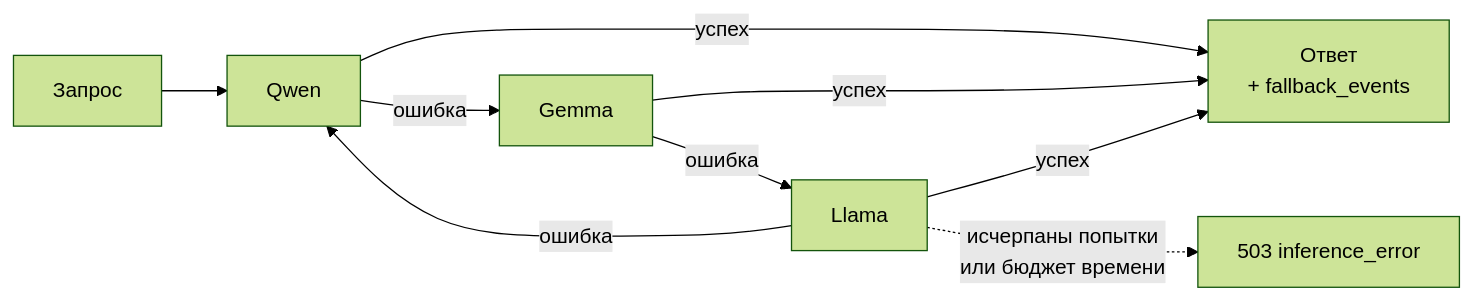
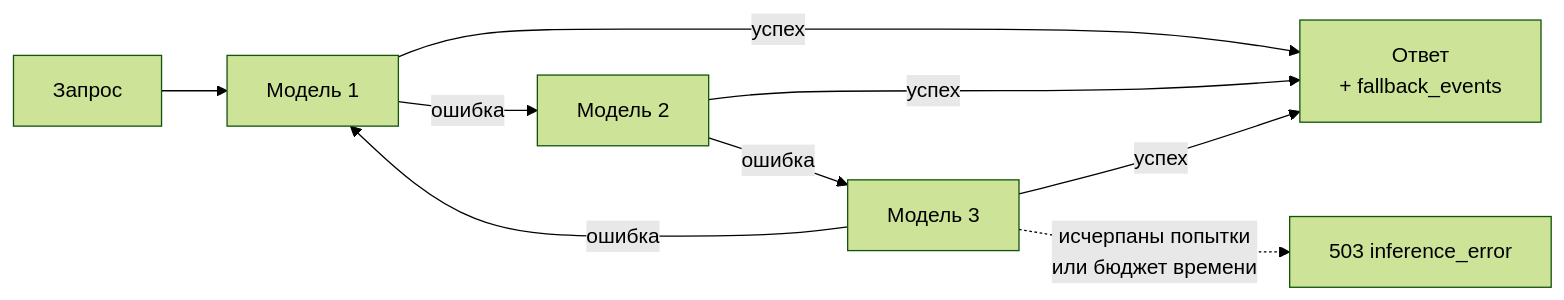
The diagram in README.md (SlavaKlkv/local_knowledge_rag), drawn with Mermaid (forest theme) before and after one commit. The commit also changed other lines of this file and 16 other files, not shown here.

````diff
--- a/README.md
+++ b/README.md
@@ -93,9 +124,9 @@
 ```mermaid
 flowchart LR
-    REQ["Запрос"] --> QWEN
-    QWEN["Qwen"] -->|ошибка| GEMMA["Gemma"]
-    GEMMA -->|ошибка| LLAMA["Llama"]
-    LLAMA -->|ошибка| QWEN
-    QWEN & GEMMA & LLAMA -->|успех| OK["Ответ<br/>+ fallback_events"]
-    LLAMA -.->|"исчерпаны попытки<br/>или бюджет времени"| FAIL["503 inference_error"]
+    REQ["Запрос"] --> M1
+    M1["Модель 1"] -->|ошибка| M2["Модель 2"]
+    M2 -->|ошибка| M3["Модель 3"]
+    M3 -->|ошибка| M1
+    M1 & M2 & M3 -->|успех| OK["Ответ<br/>+ fallback_events"]
+    M3 -.->|"исчерпаны попытки<br/>или бюджет времени"| FAIL["503 inference_error"]
 ```
````
